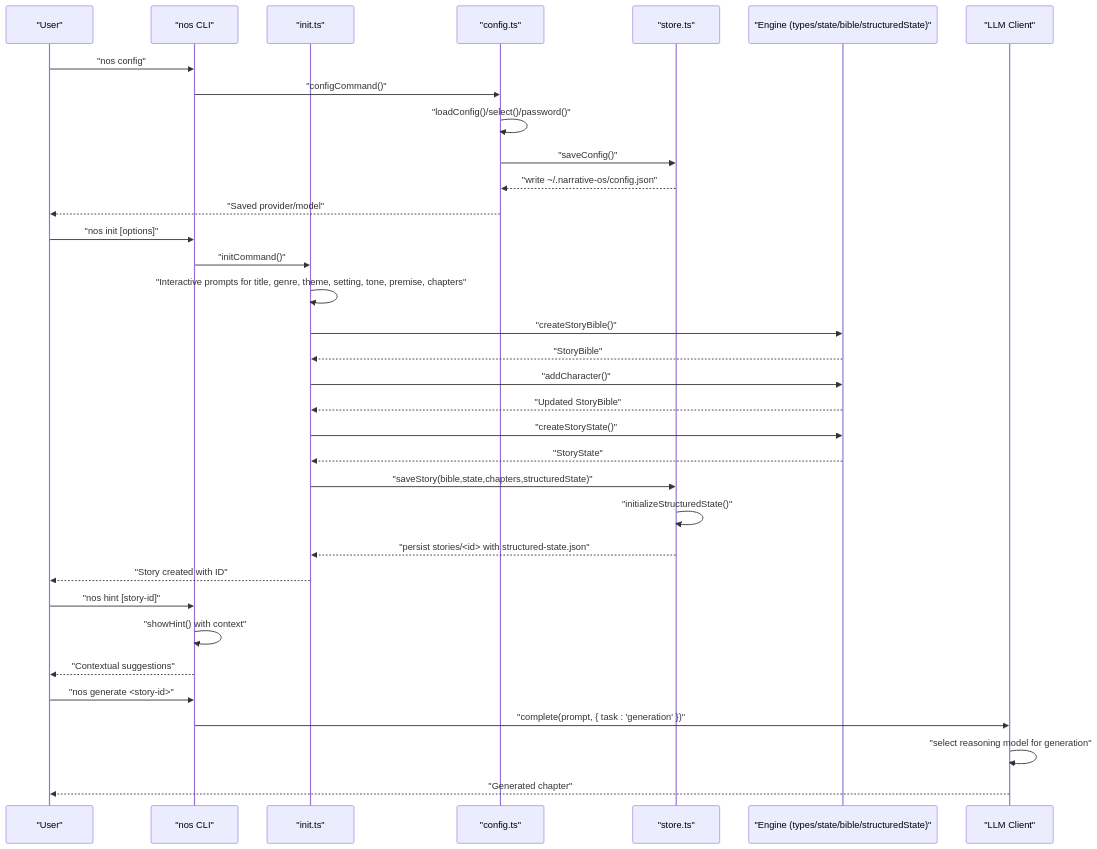
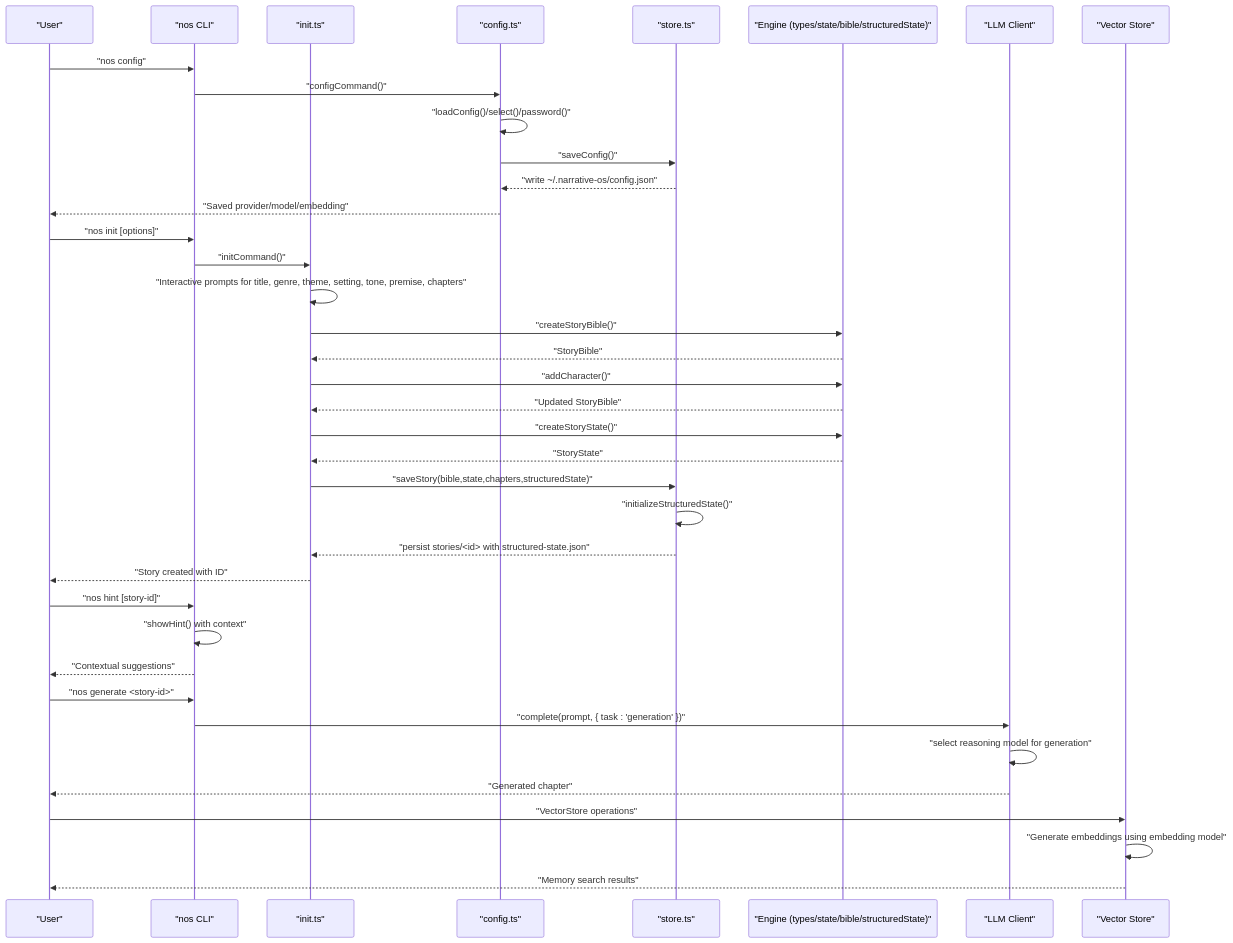
One commit to liwonder/NARRITIVE_OS changed the second of 4 diagrams in .qoder/repowiki/en/content/CLI Command Reference.md. Above: the diagram before and after it, drawn with Mermaid. The commit also changed other lines of this file and 12 other files, not shown here.

Commit message:
new model provider support: alibaba and ark

````diff
--- a/.qoder/repowiki/en/content/CLI Command Reference.md
+++ b/.qoder/repowiki/en/content/CLI Command Reference.md
@@ -170,36 +176,40 @@
 ```mermaid
 sequenceDiagram
 participant User as "User"
 participant CLI as "nos CLI"
 participant Init as "init.ts"
 participant Config as "config.ts"
 participant Store as "store.ts"
 participant Engine as "Engine (types/state/bible/structuredState)"
 participant LLMClient as "LLM Client"
+participant VectorStore as "Vector Store"
 User->>CLI : "nos config"
 CLI->>Config : "configCommand()"
 Config->>Config : "loadConfig()/select()/password()"
 Config->>Store : "saveConfig()"
 Store-->>Config : "write ~/.narrative-os/config.json"
-Config-->>User : "Saved provider/model"
+Config-->>User : "Saved provider/model/embedding"
 User->>CLI : "nos init [options]"
 CLI->>Init : "initCommand()"
 Init->>Init : "Interactive prompts for title, genre, theme, setting, tone, premise, chapters"
 Init->>Engine : "createStoryBible()"
 Engine-->>Init : "StoryBible"
 Init->>Engine : "addCharacter()"
 Engine-->>Init : "Updated StoryBible"
 Init->>Engine : "createStoryState()"
 Engine-->>Init : "StoryState"
 Init->>Store : "saveStory(bible,state,chapters,structuredState)"
 Store->>Store : "initializeStructuredState()"
 Store-->>Init : "persist stories/<id> with structured-state.json"
 Init-->>User : "Story created with ID"
 User->>CLI : "nos hint [story-id]"
 CLI->>CLI : "showHint() with context"
 CLI-->>User : "Contextual suggestions"
 User->>CLI : "nos generate <story-id>"
 CLI->>LLMClient : "complete(prompt, { task : 'generation' })"
 LLMClient->>LLMClient : "select reasoning model for generation"
 LLMClient-->>User : "Generated chapter"
+User->>VectorStore : "VectorStore operations"
+VectorStore->>VectorStore : "Generate embeddings using embedding model"
+VectorStore-->>User : "Memory search results"
 ```
````
